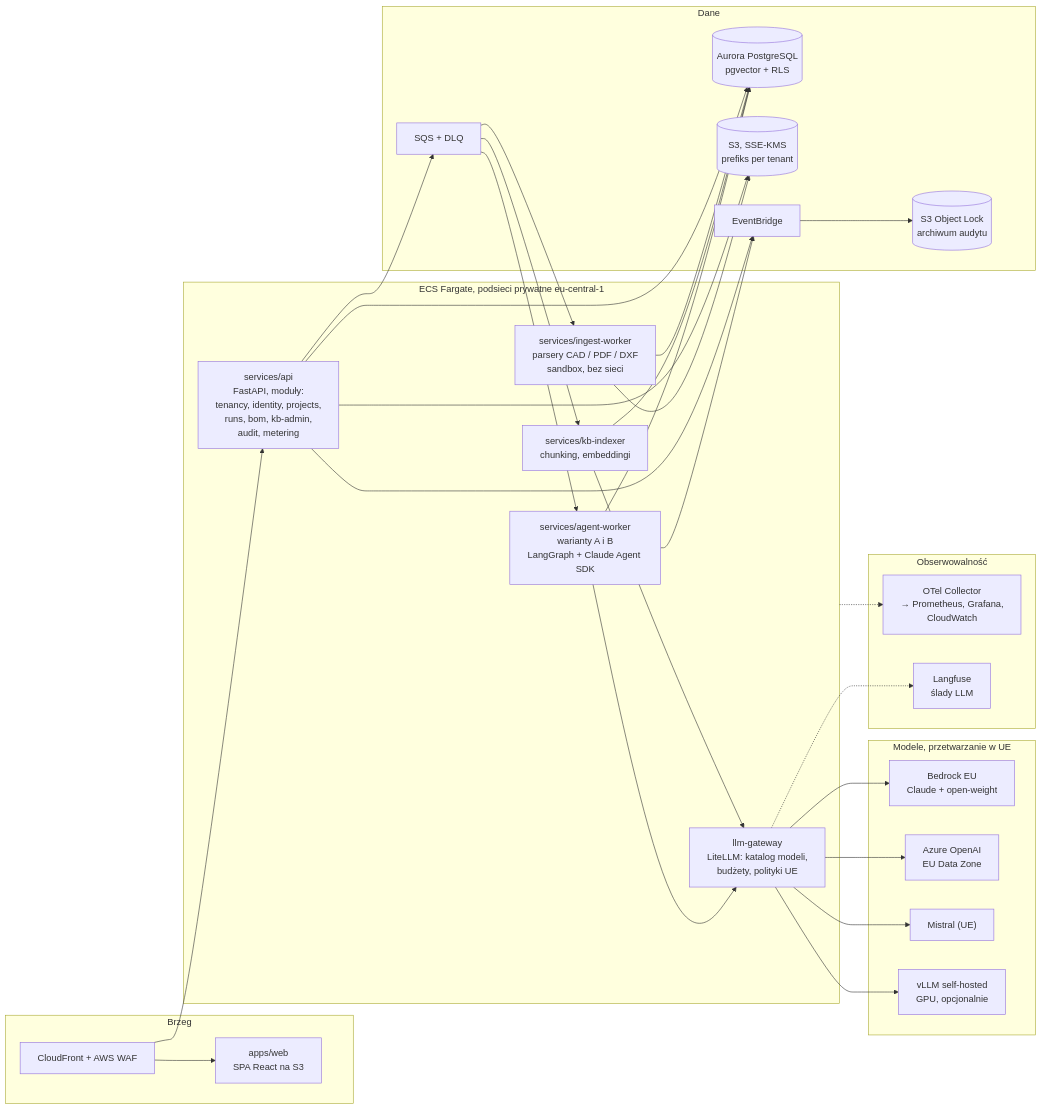
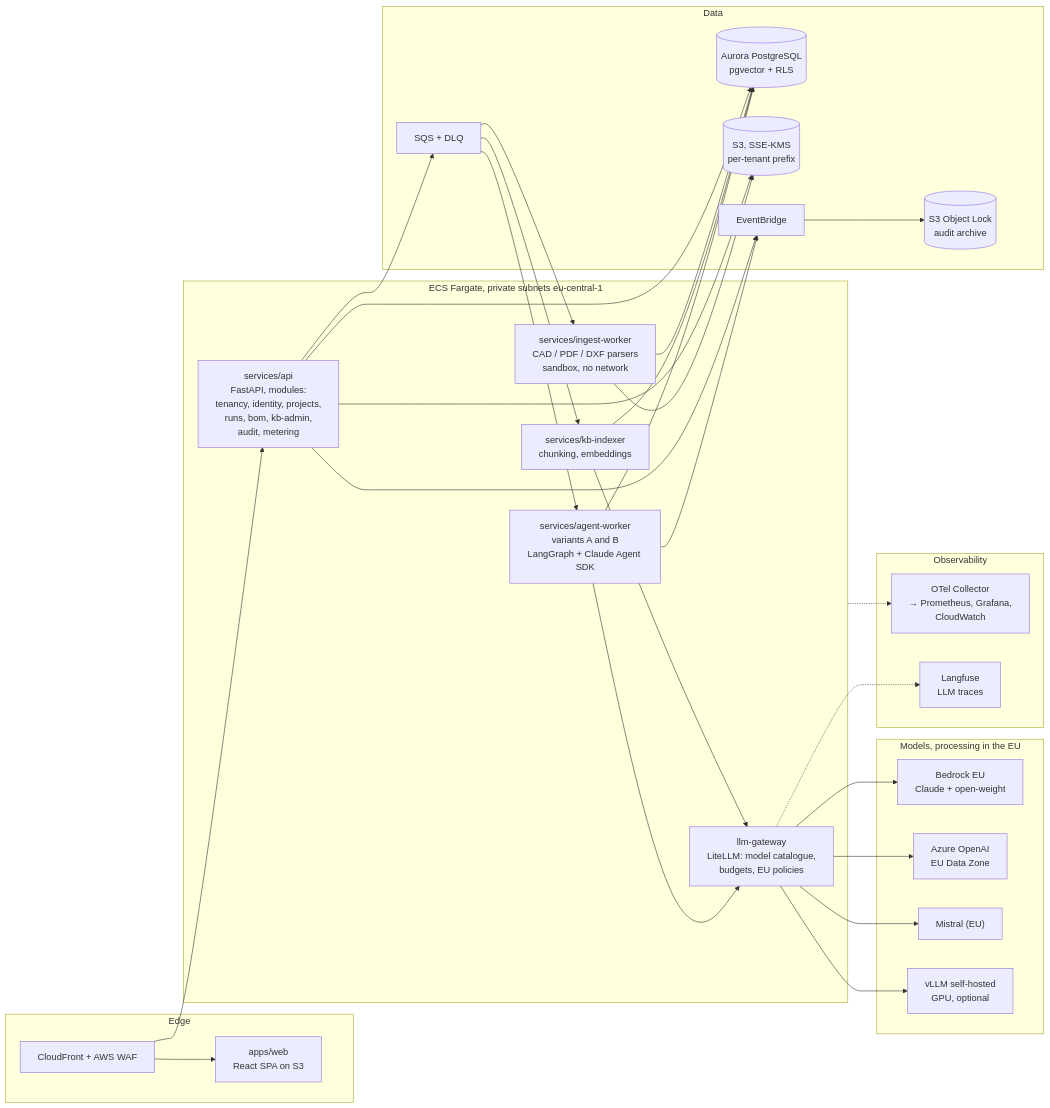
The second of 2 diagrams in docs/platform/ARCHITECTURE.md (bartekmalinowski13-commits/mgr-ibm), drawn with Mermaid before and after one commit. The commit also changed other lines of this file and 512 other files, not shown here.

````diff
--- a/docs/platform/ARCHITECTURE.md
+++ b/docs/platform/ARCHITECTURE.md
@@ -38,54 +38,54 @@
 ```mermaid
 flowchart LR
-  subgraph edge["Brzeg"]
+  subgraph edge["Edge"]
     cf["CloudFront + AWS WAF"]
-    web["apps/web<br/>SPA React na S3"]
+    web["apps/web<br/>React SPA on S3"]
   end
-  subgraph svc["ECS Fargate, podsieci prywatne eu-central-1"]
-    api["services/api<br/>FastAPI, moduły:<br/>tenancy, identity, projects,<br/>runs, bom, kb-admin,<br/>audit, metering"]
-    ingest["services/ingest-worker<br/>parsery CAD / PDF / DXF<br/>sandbox, bez sieci"]
-    agent["services/agent-worker<br/>warianty A i B<br/>LangGraph + Claude Agent SDK"]
-    kbi["services/kb-indexer<br/>chunking, embeddingi"]
-    gw["llm-gateway<br/>LiteLLM: katalog modeli,<br/>budżety, polityki UE"]
+  subgraph svc["ECS Fargate, private subnets eu-central-1"]
+    api["services/api<br/>FastAPI, modules:<br/>tenancy, identity, projects,<br/>runs, bom, kb-admin,<br/>audit, metering"]
+    ingest["services/ingest-worker<br/>CAD / PDF / DXF parsers<br/>sandbox, no network"]
+    agent["services/agent-worker<br/>variants A and B<br/>LangGraph + Claude Agent SDK"]
+    kbi["services/kb-indexer<br/>chunking, embeddings"]
+    gw["llm-gateway<br/>LiteLLM: model catalogue,<br/>budgets, EU policies"]
   end
-  subgraph data["Dane"]
+  subgraph data["Data"]
     sqs["SQS + DLQ"]
     pg[("Aurora PostgreSQL<br/>pgvector + RLS")]
-    s3[("S3, SSE-KMS<br/>prefiks per tenant")]
+    s3[("S3, SSE-KMS<br/>per-tenant prefix")]
     eb["EventBridge"]
-    audit[("S3 Object Lock<br/>archiwum audytu")]
+    audit[("S3 Object Lock<br/>audit archive")]
   end
-  subgraph llm["Modele, przetwarzanie w UE"]
+  subgraph llm["Models, processing in the EU"]
     bedrock["Bedrock EU<br/>Claude + open-weight"]
     azure["Azure OpenAI<br/>EU Data Zone"]
-    mistral["Mistral (UE)"]
-    vllm["vLLM self-hosted<br/>GPU, opcjonalnie"]
+    mistral["Mistral (EU)"]
+    vllm["vLLM self-hosted<br/>GPU, optional"]
   end
-  subgraph obs["Obserwowalność"]
+  subgraph obs["Observability"]
     otel["OTel Collector<br/>→ Prometheus, Grafana,<br/>CloudWatch"]
-    lf["Langfuse<br/>ślady LLM"]
+    lf["Langfuse<br/>LLM traces"]
   end
   cf --> web
   cf --> api
   api --> pg
   api --> s3
   api --> sqs
   sqs --> ingest
   sqs --> kbi
   sqs --> agent
   ingest --> s3
   ingest --> pg
   kbi --> pg
   agent --> pg
   kbi --> gw
   agent --> gw
   gw --> bedrock
   gw --> azure
   gw --> mistral
   gw --> vllm
   api --> eb
   agent --> eb
   eb --> audit
   svc -.-> otel
   gw -.-> lf
 ```
````
